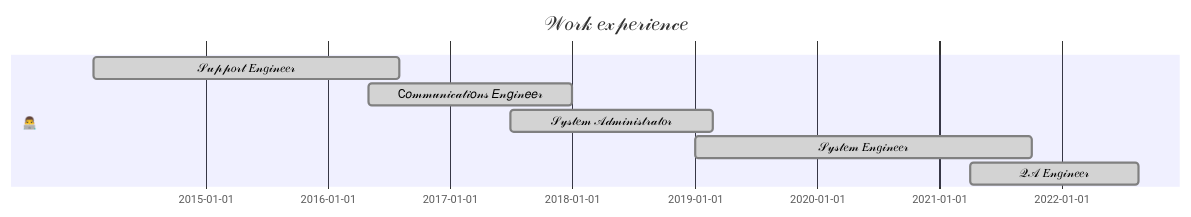
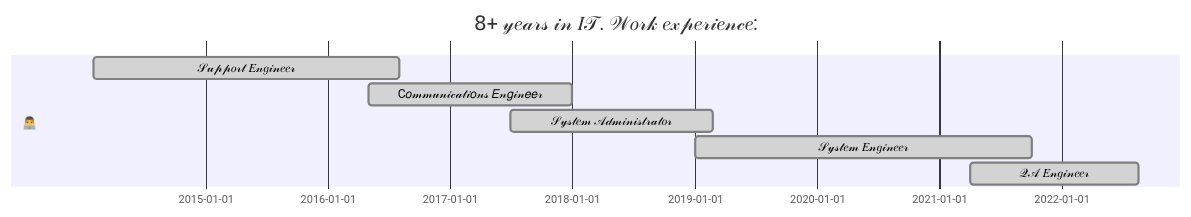
The diagram in README.md (SergeevSergeiS/SergeevSergeiS), drawn with Mermaid before and after one commit. The commit also changed other lines of this file, not shown here.

````diff
--- a/README.md
+++ b/README.md
@@ -120,11 +120,11 @@
 ```mermaid
   gantt 
-    title 𝒲𝑜𝓇𝓀 𝑒𝓍𝓅𝑒𝓇𝒾𝑒𝓃𝒸𝑒
+    title 𝟪+ 𝓎𝑒𝒶𝓇𝓈 𝒾𝓃 𝐼𝒯. 𝒲𝑜𝓇𝓀 𝑒𝓍𝓅𝑒𝓇𝒾𝑒𝓃𝒸𝑒:
     dateFormat  YYYY-MM
     section 👨‍💻
     𝒮𝓊𝓅𝓅𝑜𝓇𝓉 𝐸𝓃𝑔𝒾𝓃𝑒𝑒𝓇         :done, 2014-02, 912d
     С𝑜𝓂𝓂𝓊𝓃𝒾𝒸𝒶𝓉𝒾𝑜𝓃𝓈 𝐸𝓃𝑔𝒾𝓃𝑒𝑒𝓇 :done, 2016-05, 608d
     𝒮𝓎𝓈𝓉𝑒𝓂 𝒜𝒹𝓂𝒾𝓃𝒾𝓈𝓉𝓇𝒶𝓉𝑜𝓇    :done, 2017-07, 604d
     𝒮𝓎𝓈𝓉𝑒𝓂 𝐸𝓃𝑔𝒾𝓃𝑒𝑒𝓇          :done, 2019-01,  1005d
     𝒬𝒜 𝐸𝓃𝑔𝒾𝓃𝑒𝑒𝓇               :done, 2021-04, 504d
 ```
````
